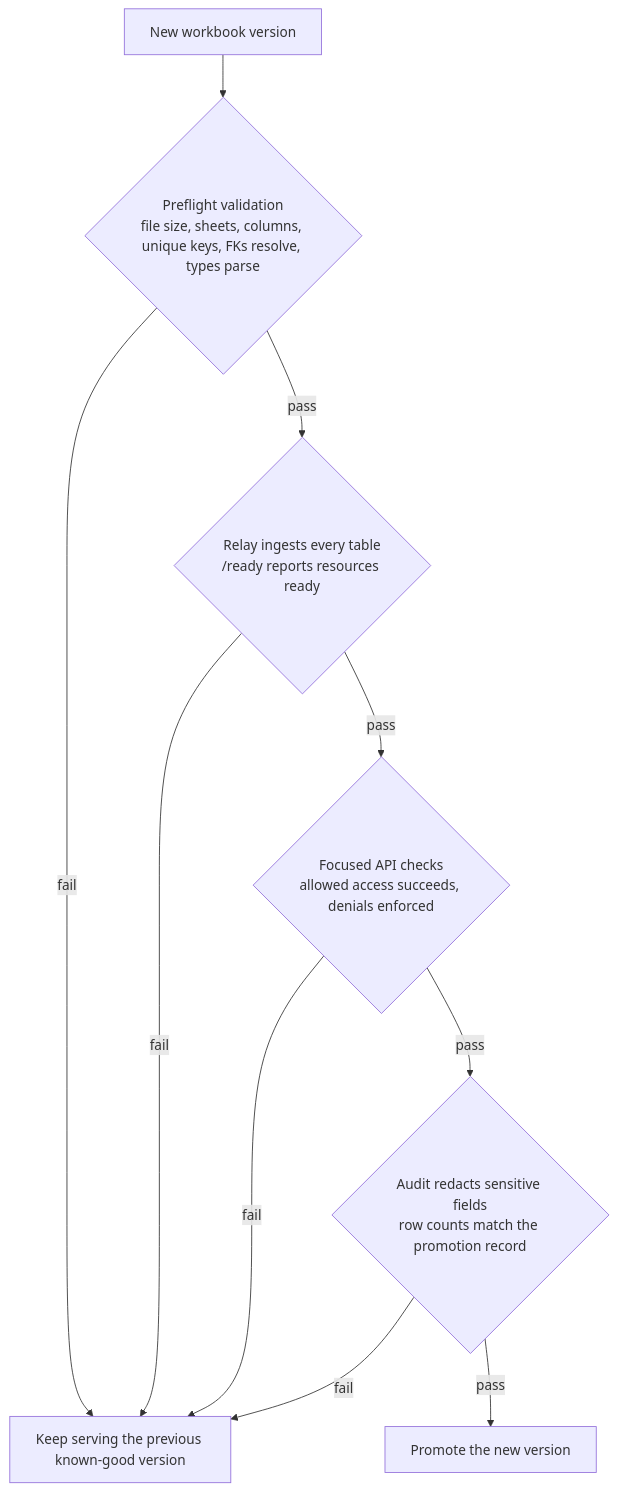
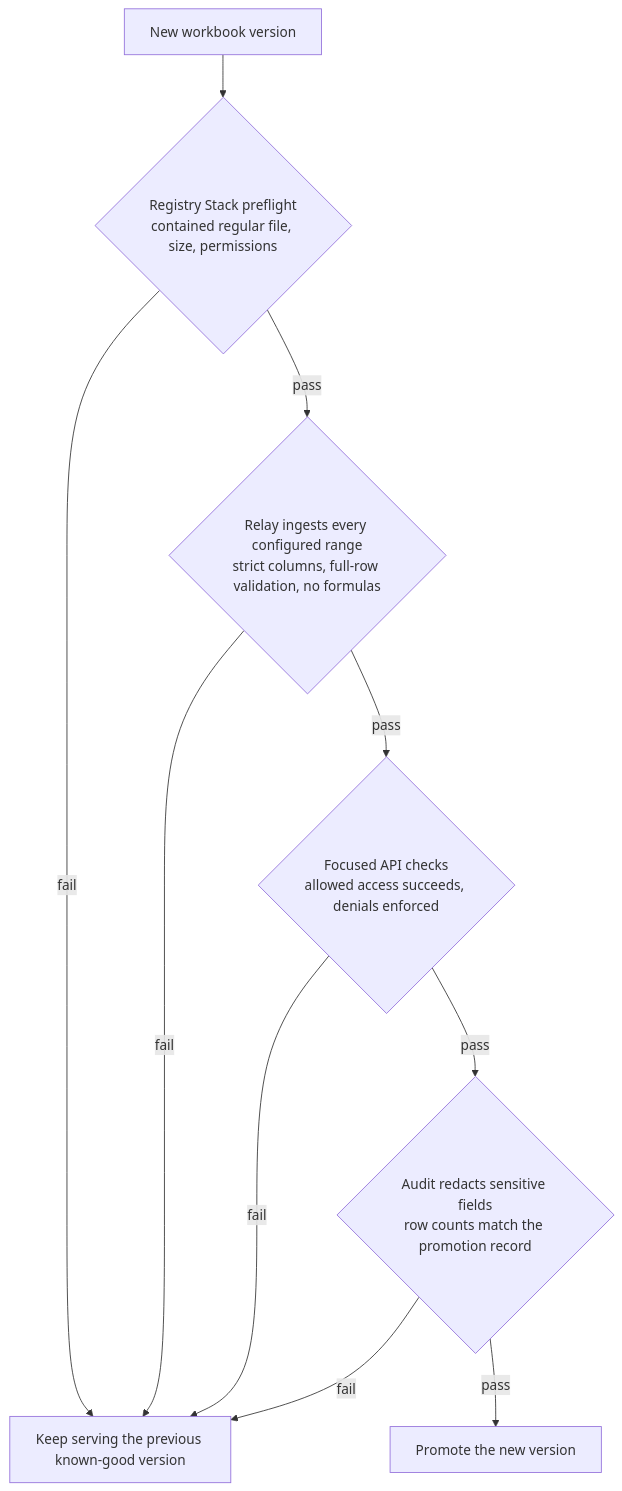
One commit to registrystack/registry-stack changed the diagram in crates/registry-relay/docs/xlsx-readiness-contract.md. Above: the diagram before and after it, drawn with Mermaid. The commit also changed other lines of this file and 128 other files, not shown here.

````diff
--- a/crates/registry-relay/docs/xlsx-readiness-contract.md
+++ b/crates/registry-relay/docs/xlsx-readiness-contract.md
@@ -186,12 +193,12 @@
 ```mermaid
 flowchart TD
-  WB["New workbook version"] --> Pre{"Preflight validation<br/>file size, sheets, columns, unique keys, FKs resolve, types parse"}
+  WB["New workbook version"] --> Pre{"Registry Stack preflight<br/>contained regular file, size, permissions"}
   Pre -- "fail" --> Keep["Keep serving the previous known-good version"]
-  Pre -- "pass" --> Ingest{"Relay ingests every table<br/>/ready reports resources ready"}
+  Pre -- "pass" --> Ingest{"Relay ingests every configured range<br/>strict columns, full-row validation, no formulas"}
   Ingest -- "fail" --> Keep
   Ingest -- "pass" --> API{"Focused API checks<br/>allowed access succeeds, denials enforced"}
   API -- "fail" --> Keep
   API -- "pass" --> Audit{"Audit redacts sensitive fields<br/>row counts match the promotion record"}
   Audit -- "fail" --> Keep
   Audit -- "pass" --> Promote["Promote the new version"]
 ```
````
